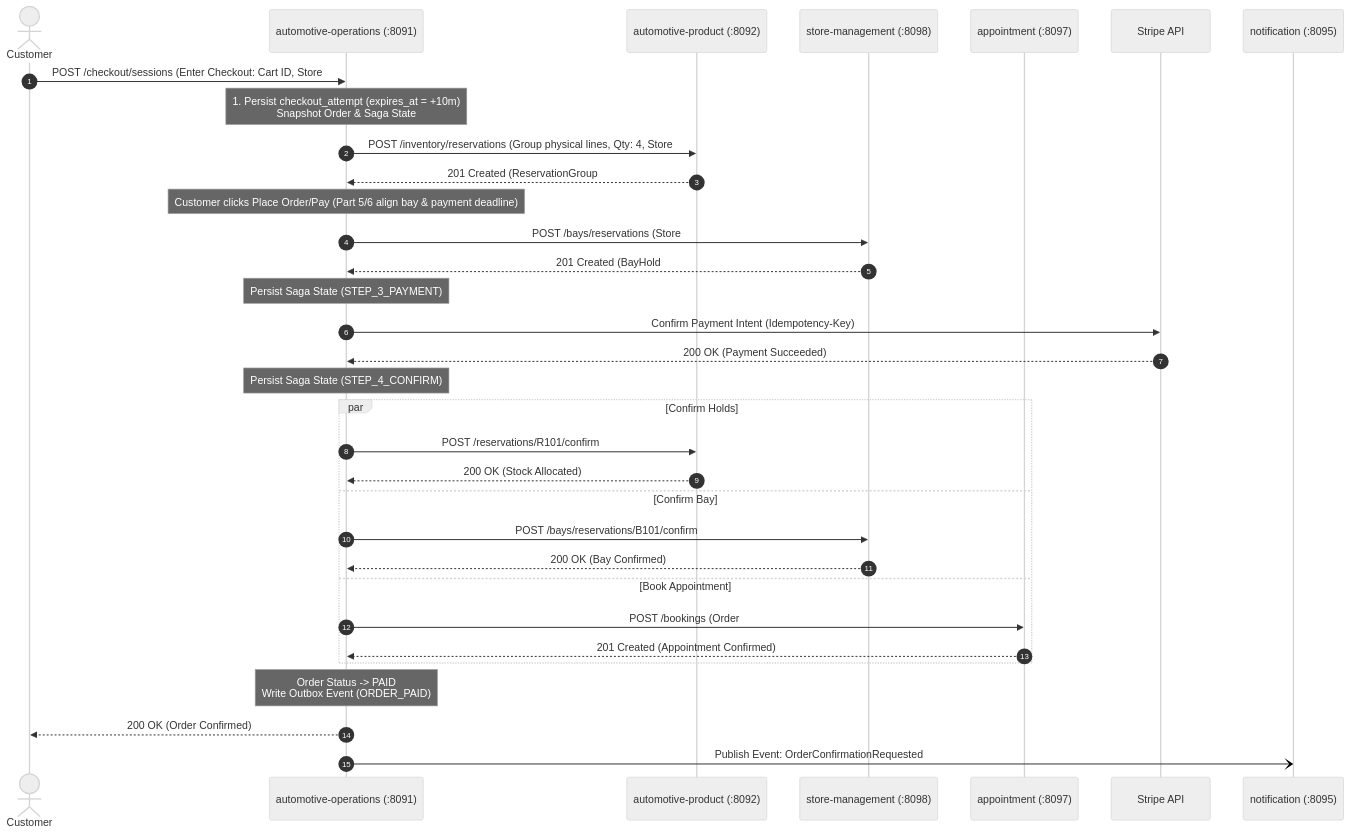
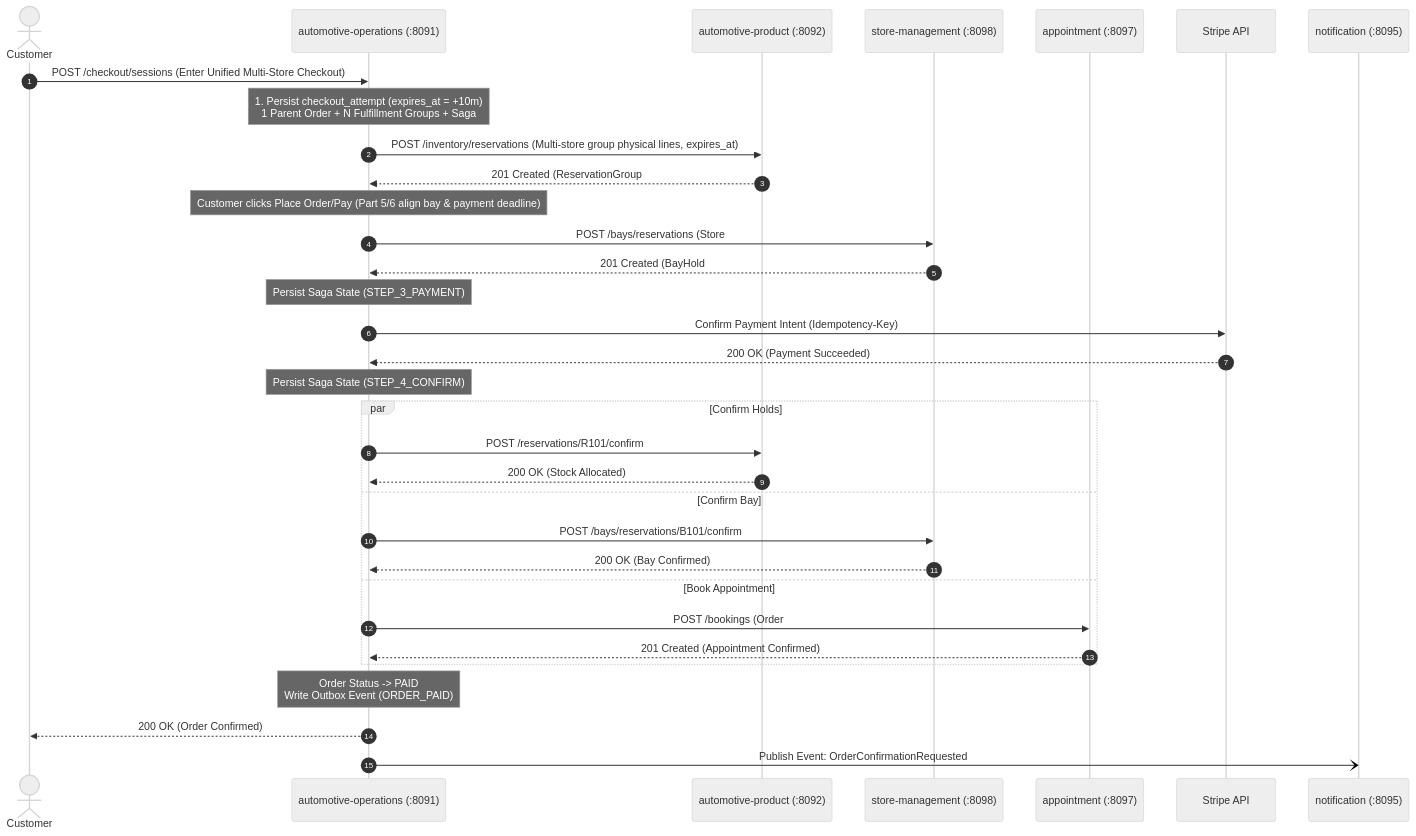
Before and after one commit to basic-app-dev/tire-store-app: the diagram in docs/architecture/service-blueprints/cross-service-workflows.md, drawn with Mermaid (neutral theme). The commit also changed other lines of this file and 10 other files, not shown here.

Commit message:
Documents for Shopping Cart Architecture, Cross-Device Synchronization, and Unified Multi-Store Checkout

````diff
--- a/docs/architecture/service-blueprints/cross-service-workflows.md
+++ b/docs/architecture/service-blueprints/cross-service-workflows.md
@@ -75,36 +73,36 @@
 ```mermaid
 sequenceDiagram
     autonumber
     actor Customer
     participant Ops as automotive-operations (:8091)
     participant Prod as automotive-product (:8092)
     participant Store as store-management (:8098)
     participant Appt as appointment (:8097)
     participant Stripe as Stripe API
     participant Notif as notification (:8095)
 
-    Customer->>Ops: POST /checkout/sessions (Enter Checkout: Cart ID, Store #101)
-    Note over Ops: 1. Persist checkout_attempt (expires_at = +10m)<br/>Snapshot Order & Saga State
-    Ops->>Prod: POST /inventory/reservations (Group physical lines, Qty: 4, Store #101)
+    Customer->>Ops: POST /checkout/sessions (Enter Unified Multi-Store Checkout)
+    Note over Ops: 1. Persist checkout_attempt (expires_at = +10m)<br/>1 Parent Order + N Fulfillment Groups + Saga
+    Ops->>Prod: POST /inventory/reservations (Multi-store group physical lines, expires_at)
     Prod-->>Ops: 201 Created (ReservationGroup #G101, TTL: 10m)
     Note over Ops: Customer clicks Place Order/Pay (Part 5/6 align bay & payment deadline)
     Ops->>Store: POST /bays/reservations (Store #101, Bay #2, Slot)
     Store-->>Ops: 201 Created (BayHold #B101, aligned deadline pending Part 5/6)
     Note over Ops: Persist Saga State (STEP_3_PAYMENT)
     Ops->>Stripe: Confirm Payment Intent (Idempotency-Key)
     Stripe-->>Ops: 200 OK (Payment Succeeded)
     Note over Ops: Persist Saga State (STEP_4_CONFIRM)
     par Confirm Holds
         Ops->>Prod: POST /reservations/R101/confirm
         Prod-->>Ops: 200 OK (Stock Allocated)
     and Confirm Bay
         Ops->>Store: POST /bays/reservations/B101/confirm
         Store-->>Ops: 200 OK (Bay Confirmed)
     and Book Appointment
         Ops->>Appt: POST /bookings (Order #, Customer, Slot)
         Appt-->>Ops: 201 Created (Appointment Confirmed)
     end
     Note over Ops: Order Status -> PAID<br/>Write Outbox Event (ORDER_PAID)
     Ops-->>Customer: 200 OK (Order Confirmed)
     Ops-)Notif: Publish Event: OrderConfirmationRequested
 ```
````
